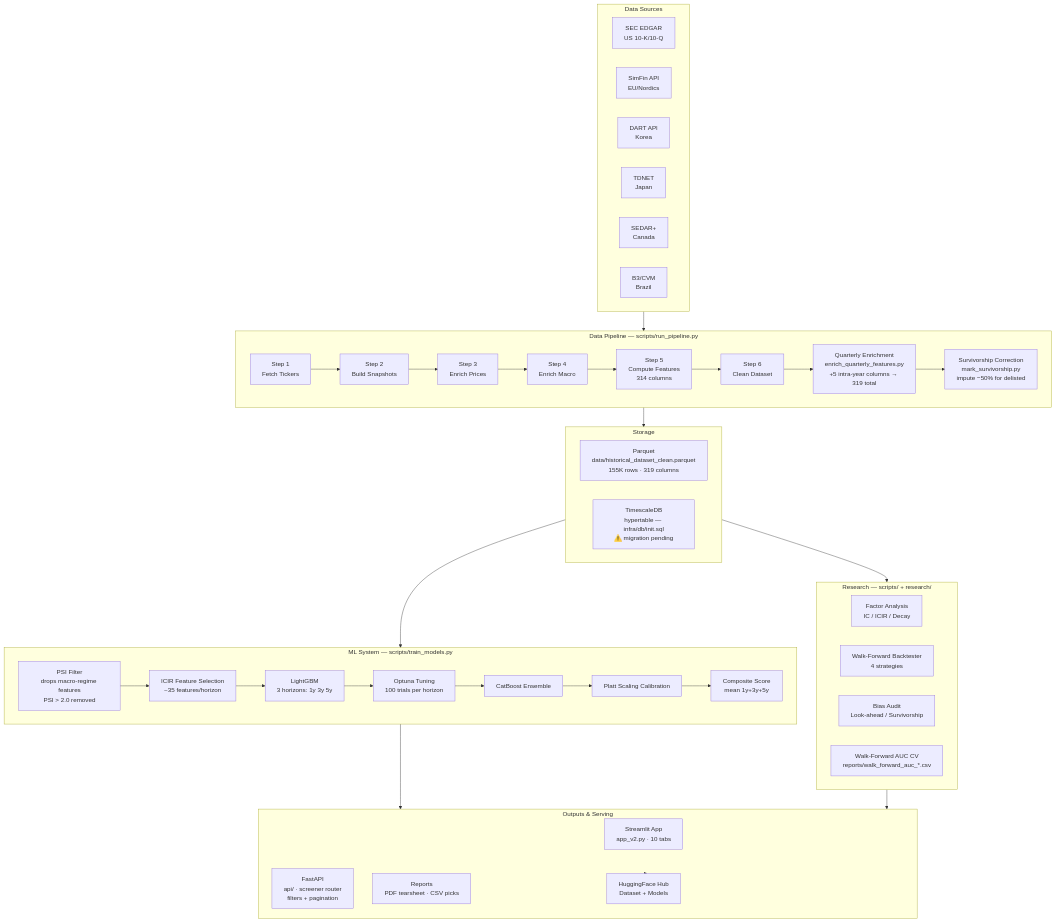
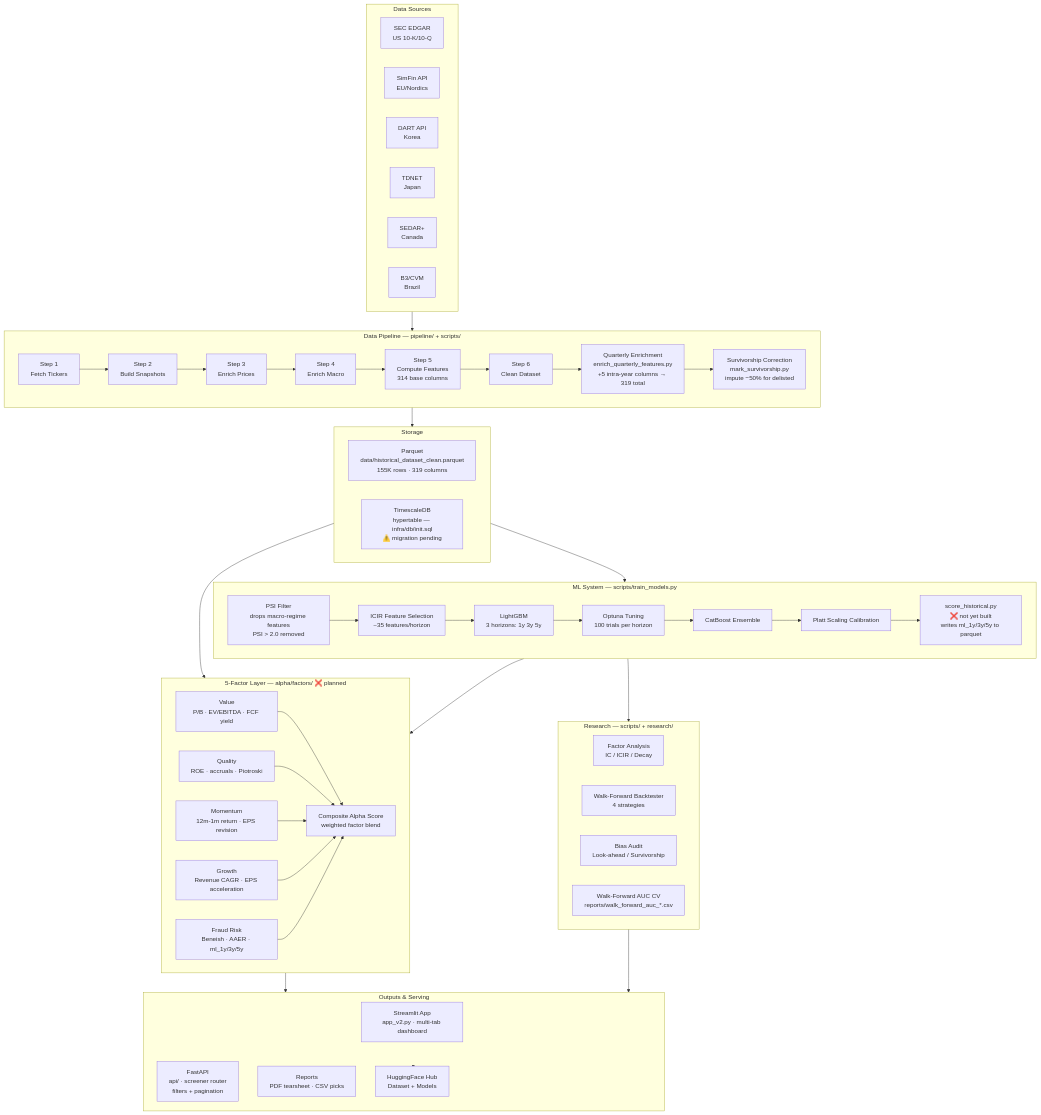
Before and after one commit to sherlock718/stock-fraud-screener: the first of 3 diagrams in docs/architecture.md, drawn with Mermaid. The commit also changed other lines of this file and 12 other files, not shown here.

````diff
--- a/docs/architecture.md
+++ b/docs/architecture.md
@@ -7,61 +7,73 @@
 ```mermaid
 graph TB
     subgraph Sources["Data Sources"]
         A1[SEC EDGAR<br/>US 10-K/10-Q]
         A2[SimFin API<br/>EU/Nordics]
         A3[DART API<br/>Korea]
         A4[TDNET<br/>Japan]
         A5[SEDAR+<br/>Canada]
         A6[B3/CVM<br/>Brazil]
     end
 
-    subgraph Pipeline["Data Pipeline — scripts/run_pipeline.py"]
+    subgraph Pipeline["Data Pipeline — pipeline/ + scripts/"]
         B1[Step 1<br/>Fetch Tickers]
         B2[Step 2<br/>Build Snapshots]
         B3[Step 3<br/>Enrich Prices]
         B4[Step 4<br/>Enrich Macro]
-        B5[Step 5<br/>Compute Features<br/>314 columns]
+        B5[Step 5<br/>Compute Features<br/>314 base columns]
         B6[Step 6<br/>Clean Dataset]
         B7[Quarterly Enrichment<br/>enrich_quarterly_features.py<br/>+5 intra-year columns → 319 total]
         B8[Survivorship Correction<br/>mark_survivorship.py<br/>impute −50% for delisted]
         B1 --> B2 --> B3 --> B4 --> B5 --> B6 --> B7 --> B8
+    end
+
+    subgraph Factors["5-Factor Layer — alpha/factors/ ❌ planned"]
+        F1[Value<br/>P/B · EV/EBITDA · FCF yield]
+        F2[Quality<br/>ROE · accruals · Piotroski]
+        F3[Momentum<br/>12m-1m return · EPS revision]
+        F4[Growth<br/>Revenue CAGR · EPS acceleration]
+        F5[Fraud Risk<br/>Beneish · AAER · ml_1y/3y/5y]
+        FA[Composite Alpha Score<br/>weighted factor blend]
+        F1 & F2 & F3 & F4 & F5 --> FA
     end
 
     subgraph ML["ML System — scripts/train_models.py"]
         C0[PSI Filter<br/>drops macro-regime features<br/>PSI > 2.0 removed]
         C1[ICIR Feature Selection<br/>~35 features/horizon]
         C2[LightGBM<br/>3 horizons: 1y 3y 5y]
         C3[Optuna Tuning<br/>100 trials per horizon]
         C4[CatBoost Ensemble]
         C5[Platt Scaling Calibration]
-        C6[Composite Score<br/>mean 1y+3y+5y]
+        C6[score_historical.py<br/>❌ not yet built<br/>writes ml_1y/3y/5y to parquet]
         C0 --> C1 --> C2 --> C3 --> C4 --> C5 --> C6
     end
 
     subgraph Research["Research — scripts/ + research/"]
         D1[Factor Analysis<br/>IC / ICIR / Decay]
         D2[Walk-Forward Backtester<br/>4 strategies]
         D3[Bias Audit<br/>Look-ahead / Survivorship]
         D4[Walk-Forward AUC CV<br/>reports/walk_forward_auc_*.csv]
     end
 
     subgraph Storage["Storage"]
         S1[Parquet<br/>data/historical_dataset_clean.parquet<br/>155K rows · 319 columns]
         S2[TimescaleDB<br/>hypertable — infra/db/init.sql<br/>⚠️ migration pending]
     end
 
     subgraph Outputs["Outputs & Serving"]
-        E1[Streamlit App<br/>app_v2.py · 10 tabs]
+        E1[Streamlit App<br/>app_v2.py · multi-tab dashboard]
         E2[FastAPI<br/>api/ · screener router<br/>filters + pagination]
         E3[Reports<br/>PDF tearsheet · CSV picks]
         E4[HuggingFace Hub<br/>Dataset + Models]
     end
 
     Sources --> Pipeline
     Pipeline --> Storage
     Storage --> ML
-    Storage --> Research
-    ML --> Outputs
+    Storage --> Factors
+    ML --> Factors
+    ML --> Research
+    Factors --> Outputs
     Research --> Outputs
     Outputs --> E4
 ```
````
